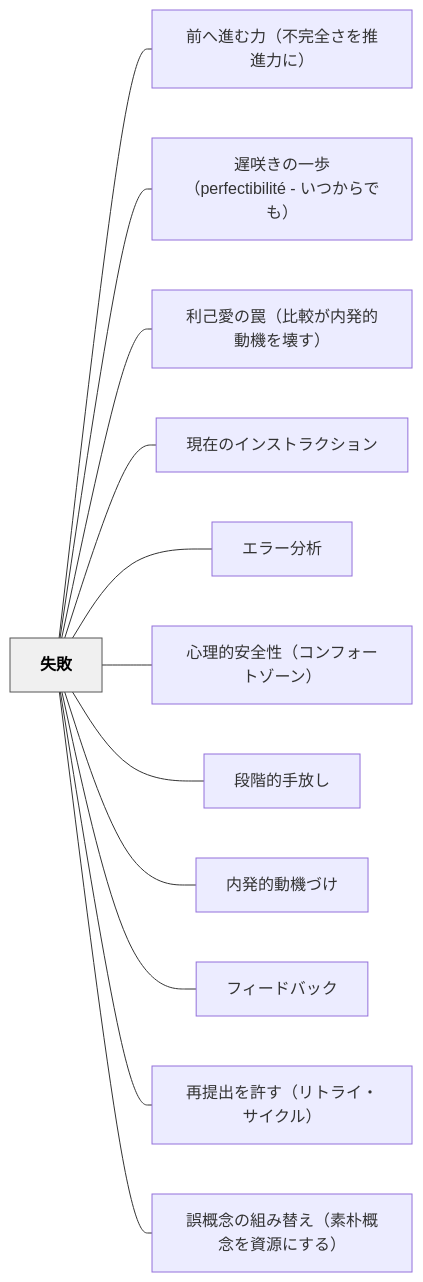
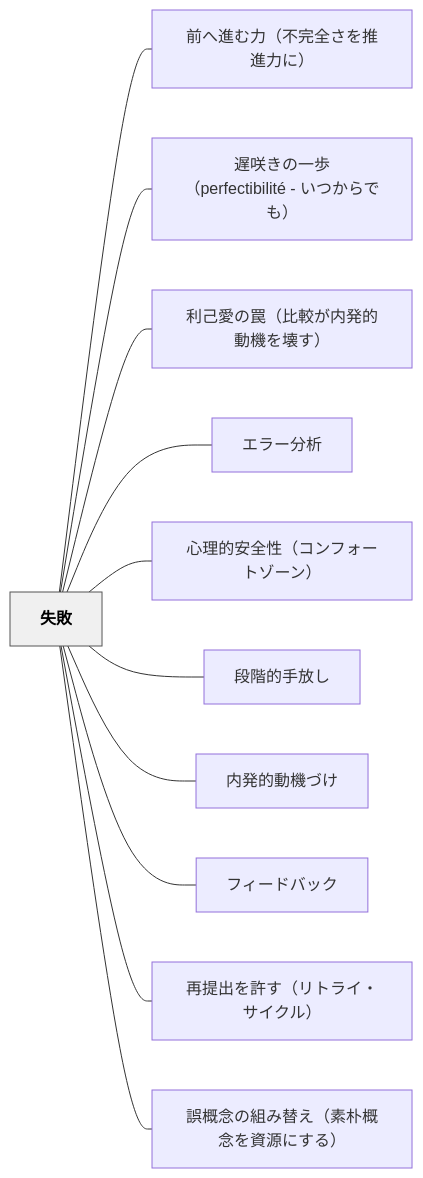
Before and after one commit to unknownthings-ed-patterns/unknownthings-ed-patterns: the diagram in content/パタン/失敗.md, drawn with Mermaid. The commit also changed other lines of this file and 41 other files, not shown here.

````diff
--- a/content/パタン/失敗.md
+++ b/content/パタン/失敗.md
@@ -78,30 +77,28 @@
 ```mermaid
 flowchart LR
     ne5a4b1e69597["失敗"]
     ne5898de381b8e980b2e38280e58a9befbc88e4b88de5ae8ce585a8e38195e38292e68ea8e980b2e58a9be381abefbc89["前へ進む力（不完全さを推進力に）"]
     ne98185e592b2e3818de381aee4b880e6ada9efbc88706572666563746962696c6974c3a9202d20e38184e381a4e3818be38289e381a7e38282efbc89["遅咲きの一歩（perfectibilité - いつからでも）"]
     ne588a9e5b7b1e6849be381aee7bda0efbc88e6af94e8bc83e3818ce58685e799bae79a84e58b95e6a99fe38292e5a38ae38199efbc89["利己愛の罠（比較が内発的動機を壊す）"]
-    ne78fbee59ca8e381aee382a4e383b3e382b9e38388e383a9e382afe382b7e383a7e383b3["現在のインストラクション"]
     ne382a8e383a9e383bce58886e69e90["エラー分析"]
     ne5bf83e79086e79a84e5ae89e585a8e680a7efbc88e382b3e383b3e38395e382a9e383bce38388e382bee383bce383b3efbc89["心理的安全性（コンフォートゾーン）"]
     ne6aeb5e99a8ee79a84e6898be694bee38197["段階的手放し"]
     ne58685e799bae79a84e58b95e6a99fe381a5e38191["内発的動機づけ"]
     ne38395e382a3e383bce38389e38390e38383e382af["フィードバック"]
     ne5868de68f90e587bae38292e8a8b1e38199efbc88e383aae38388e383a9e382a4e383bbe382b5e382a4e382afe383abefbc89["再提出を許す（リトライ・サイクル）"]
     ne8aaa4e6a682e5bfb5e381aee7b584e381bfe69bbfe38188efbc88e7b4a0e69cb4e6a682e5bfb5e38292e8b387e6ba90e381abe38199e3828befbc89["誤概念の組み替え（素朴概念を資源にする）"]
 
     ne5a4b1e69597 --- ne5898de381b8e980b2e38280e58a9befbc88e4b88de5ae8ce585a8e38195e38292e68ea8e980b2e58a9be381abefbc89
     ne5a4b1e69597 --- ne98185e592b2e3818de381aee4b880e6ada9efbc88706572666563746962696c6974c3a9202d20e38184e381a4e3818be38289e381a7e38282efbc89
     ne5a4b1e69597 --- ne588a9e5b7b1e6849be381aee7bda0efbc88e6af94e8bc83e3818ce58685e799bae79a84e58b95e6a99fe38292e5a38ae38199efbc89
-    ne5a4b1e69597 --- ne78fbee59ca8e381aee382a4e383b3e382b9e38388e383a9e382afe382b7e383a7e383b3
     ne5a4b1e69597 --- ne382a8e383a9e383bce58886e69e90
     ne5a4b1e69597 --- ne5bf83e79086e79a84e5ae89e585a8e680a7efbc88e382b3e383b3e38395e382a9e383bce38388e382bee383bce383b3efbc89
     ne5a4b1e69597 --- ne6aeb5e99a8ee79a84e6898be694bee38197
     ne5a4b1e69597 --- ne58685e799bae79a84e58b95e6a99fe381a5e38191
     ne5a4b1e69597 --- ne38395e382a3e383bce38389e38390e38383e382af
     ne5a4b1e69597 --- ne5868de68f90e587bae38292e8a8b1e38199efbc88e383aae38388e383a9e382a4e383bbe382b5e382a4e382afe383abefbc89
     ne5a4b1e69597 --- ne8aaa4e6a682e5bfb5e381aee7b584e381bfe69bbfe38188efbc88e7b4a0e69cb4e6a682e5bfb5e38292e8b387e6ba90e381abe38199e3828befbc89
 
     classDef hub fill:#f0f0f0,stroke:#555,color:#000,font-weight:bold
     class ne5a4b1e69597 hub
 ```
````
